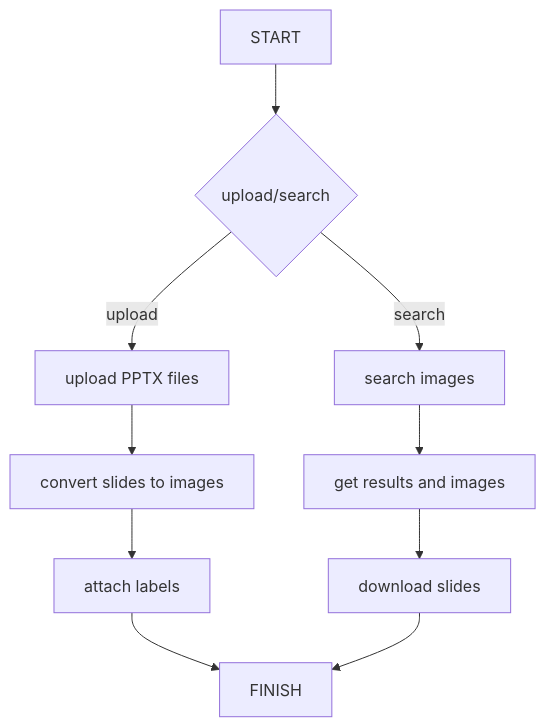
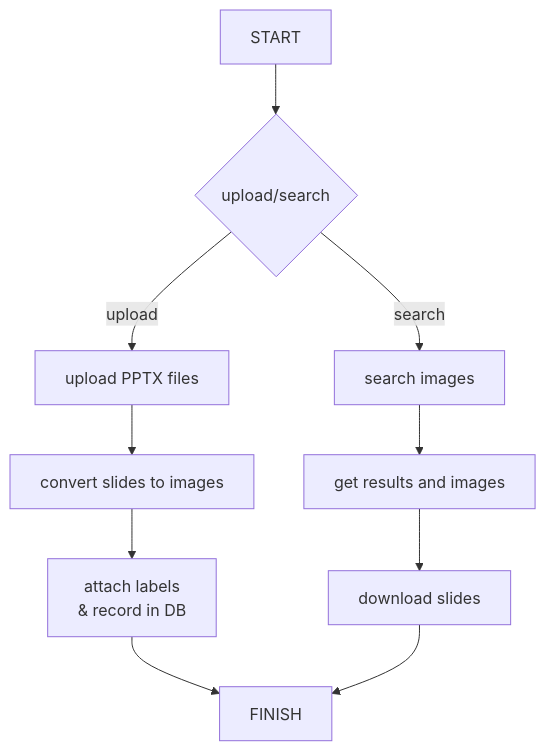
The diagram in README.md (linjose/ix3-TMT), drawn with Mermaid before and after one commit.

````diff
--- a/README.md
+++ b/README.md
@@ -4,8 +4,8 @@
 ```mermaid
 flowchart TD
     A[START] --> B{upload/search}
-    B -- upload --> C[upload PPTX files] --> C1[convert slides to images] --> C2[attach labels]
+    B -- upload --> C[upload PPTX files] --> C1[convert slides to images] --> C2[attach labels <br> & record in DB]
     B -- search --> D[search images] --> D1[get results and images] --> D2[download slides]
     C2 --> E[FINISH]
     D2 --> E[FINISH]
 ```
````
